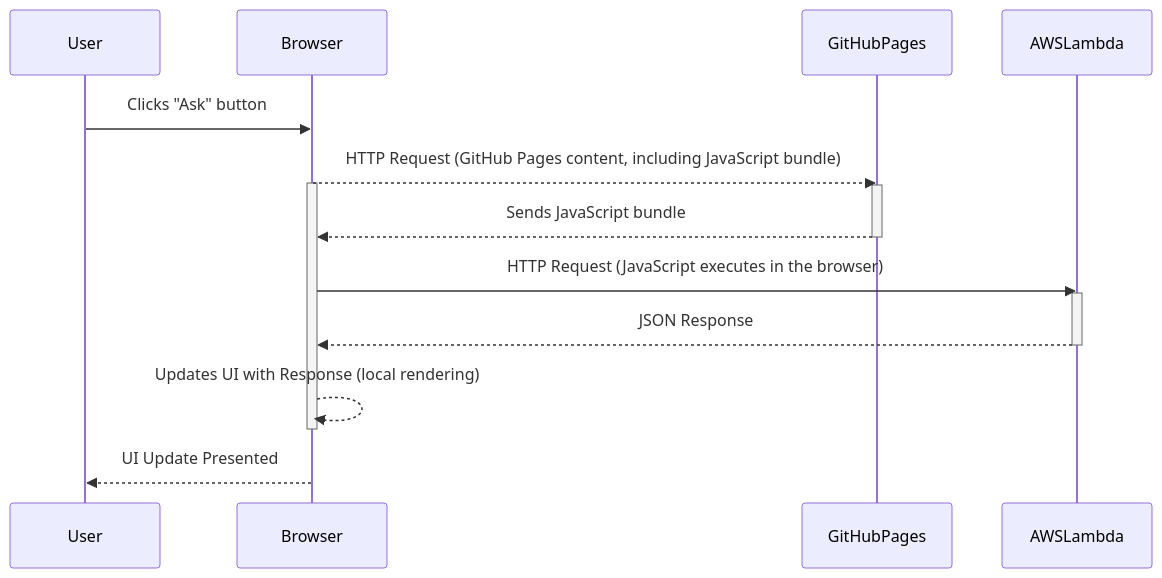
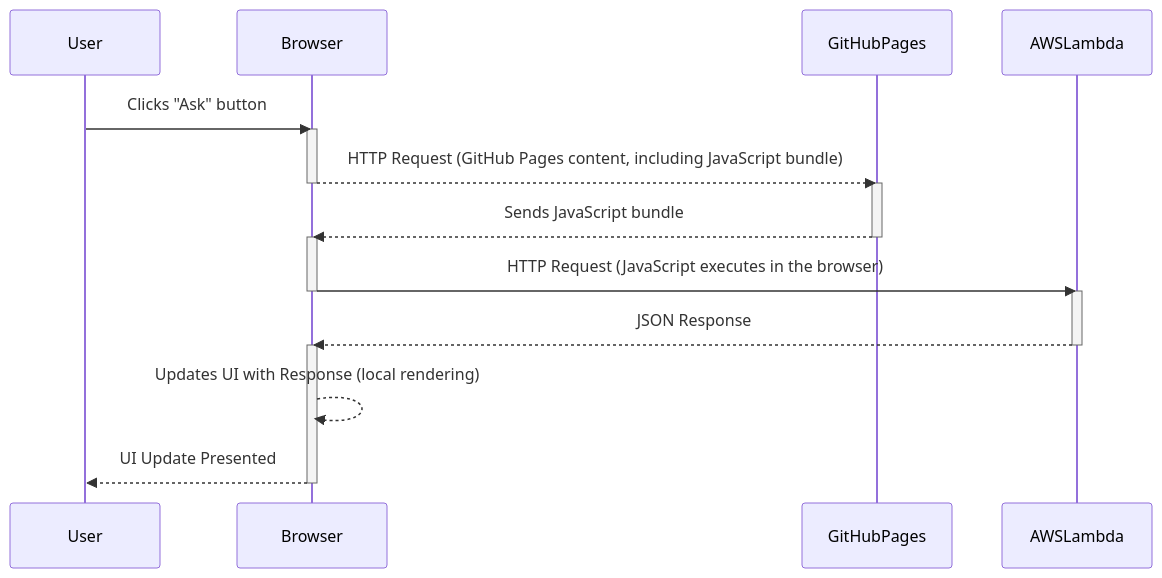
One commit to considerable/hello-react-gh-pages changed the diagram in README.md. Above: the diagram before and after it, drawn with Mermaid. The commit also changed 1 other file, not shown here.

Commit message:
render response

````diff
--- a/README.md
+++ b/README.md
@@ -10,21 +10,25 @@
 ```mermaid
 sequenceDiagram
   participant User
   participant Browser
   participant GitHubPages
   participant AWSLambda
  
   User->>Browser: Clicks "Ask" button
+  activate Browser
   Browser-->>GitHubPages: HTTP Request (GitHub Pages content, including JavaScript bundle)
-  activate Browser
+  deactivate Browser
   activate GitHubPages
   GitHubPages-->>Browser: Sends JavaScript bundle
   deactivate GitHubPages
+  activate Browser
   Browser->>AWSLambda: HTTP Request (JavaScript executes in the browser)
+  deactivate Browser
   activate AWSLambda
   AWSLambda-->>Browser: JSON Response
   deactivate AWSLambda
+  activate Browser
   Browser-->>Browser: Updates UI with Response (local rendering)
+  Browser-->>User: UI Update Presented
   deactivate Browser
-  Browser-->>User: UI Update Presented
 ```
````
